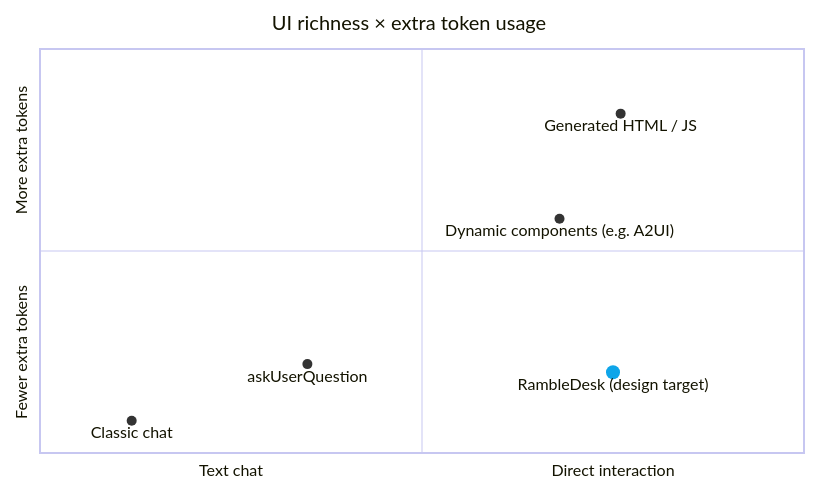
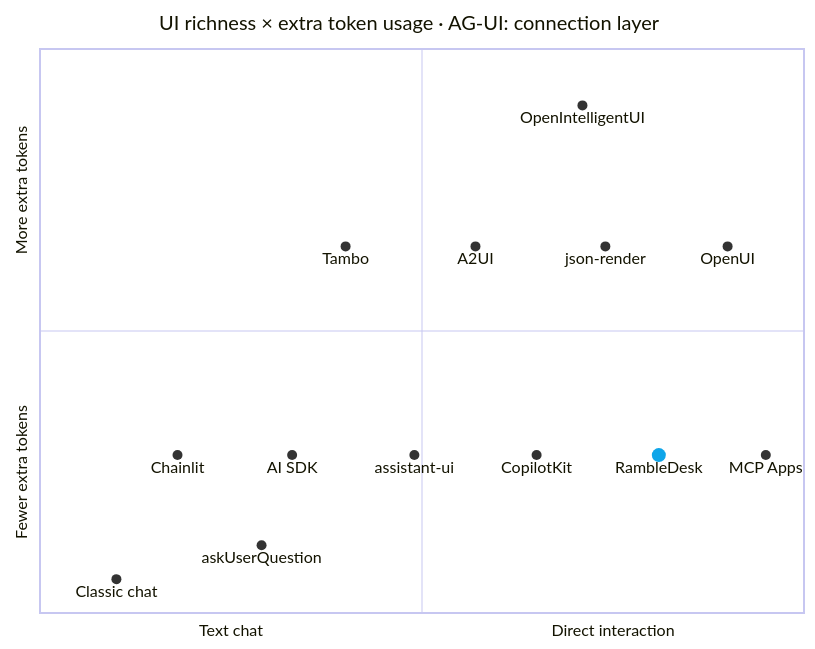
One commit to l1veIn/rambledesk changed the diagram in README.md. Above: the diagram before and after it, drawn with Mermaid. The commit also changed other lines of this file and 14 other files, not shown here.

````diff
--- a/README.md
+++ b/README.md
@@ -118,25 +123,33 @@
 ```mermaid
 ---
 config:
   quadrantChart:
     chartWidth: 800
-    chartHeight: 480
+    chartHeight: 640
     pointLabelFontSize: 16
     xAxisLabelFontSize: 16
     yAxisLabelFontSize: 16
   themeVariables:
     quadrant1Fill: transparent
     quadrant2Fill: transparent
     quadrant3Fill: transparent
     quadrant4Fill: transparent
 ---
 quadrantChart
-    title UI richness × extra token usage
+    title UI richness × extra token usage · AG-UI: connection layer
     x-axis "Text chat" --> "Direct interaction"
     y-axis "Fewer extra tokens" --> "More extra tokens"
-    "Classic chat": [0.12, 0.08]
-    "askUserQuestion": [0.35, 0.22]
-    "RambleDesk (design target)": [0.75, 0.20] radius: 7, color: #0ea5e9
-    "Dynamic components (e.g. A2UI)": [0.68, 0.58]
-    "Generated HTML / JS": [0.76, 0.84]
+    "Classic chat": [0.10, 0.06]
+    "askUserQuestion": [0.29, 0.12]
+    "Chainlit": [0.18, 0.28]
+    "AI SDK": [0.33, 0.28]
+    "assistant-ui": [0.49, 0.28]
+    "CopilotKit": [0.65, 0.28]
+    "RambleDesk": [0.81, 0.28] radius: 7, color: #0ea5e9
+    "MCP Apps": [0.95, 0.28]
+    "Tambo": [0.40, 0.65]
+    "A2UI": [0.57, 0.65]
+    "json-render": [0.74, 0.65]
+    "OpenUI": [0.90, 0.65]
+    "OpenIntelligentUI": [0.71, 0.90]
 ```
````
